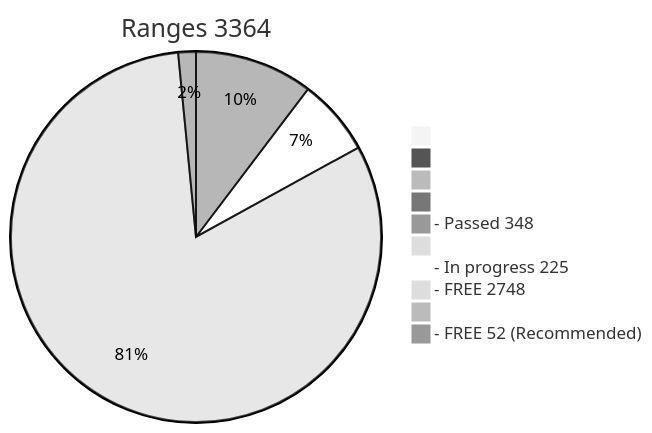
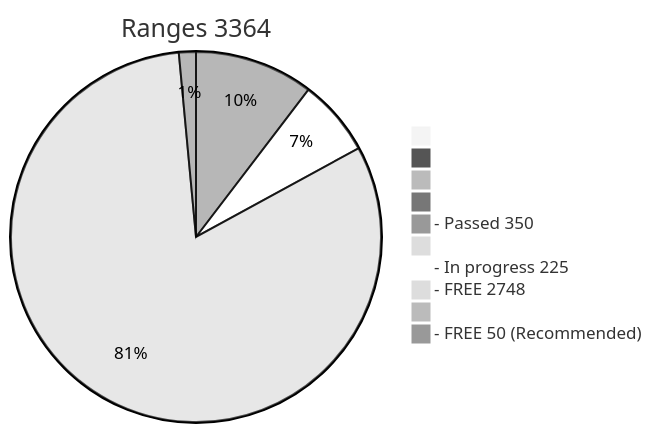
The diagram in x64/Release/table.md (phrutis/wif500), drawn with Mermaid (neutral theme) before and after one commit. The commit also changed other lines of this file, not shown here.

````diff
--- a/x64/Release/table.md
+++ b/x64/Release/table.md
@@ -2,13 +2,13 @@
 ```mermaid
 pie title Ranges 3364
   " " : 0
   "  " : 0
   "   " : 0
   "    " : 0
-  "- Passed 348" : 348
+  "- Passed 350" : 350
   "     " : 0
   "- In progress 225" : 225
   "- FREE 2748" : 2748
   "      " : 0
-  "- FREE 52 (Recommended)" : 52
+  "- FREE 50 (Recommended)" : 50
 ```
````
